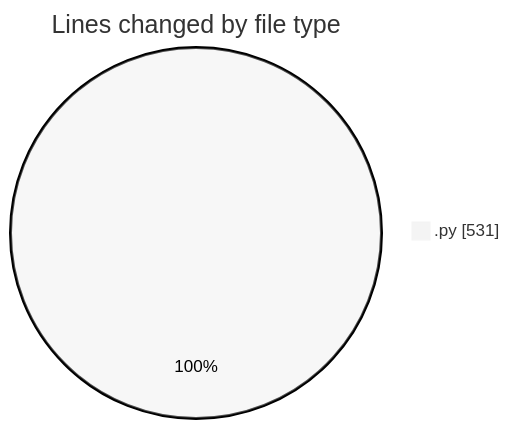
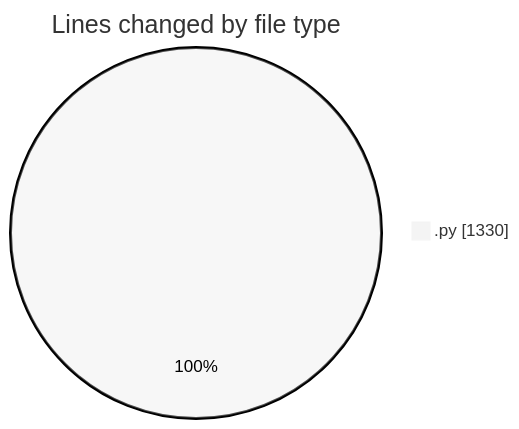
Before and after one commit to julien-gomy/code-tracking: the first of 2 diagrams in 2025-10-15/eventscop-api-guide__workspace_/README.md, drawn with Mermaid (neutral theme). The commit also changed other lines of this file and 1 other file, not shown here.

````diff
--- a/2025-10-15/eventscop-api-guide__workspace_/README.md
+++ b/2025-10-15/eventscop-api-guide__workspace_/README.md
@@ -20,5 +21,5 @@
 ```mermaid
 pie showData
 title Lines changed by file type
-".py" : 531
+".py" : 1330
 ```
````
